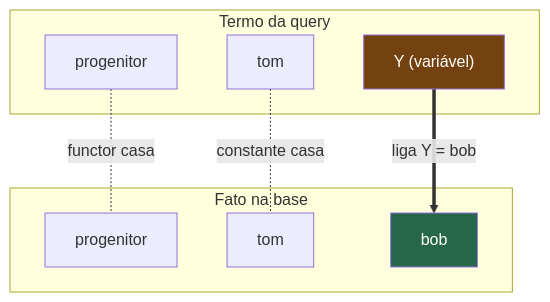
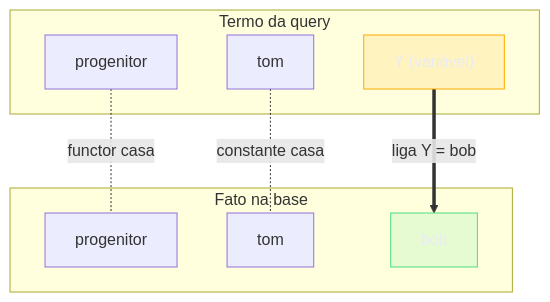
The second of 3 diagrams in 03-Dominios/Ciência/Paradigmas/11 - O paradigma lógico.md (josenaldo/codex-technomanticus), drawn with Mermaid before and after one commit. The commit also changed other lines of this file and 1181 other files, not shown here.

First line of the commit message:
fix(diagramas): paleta do sistema no lugar de cor cravada no markdown

````diff
--- a/03-Dominios/Ciência/Paradigmas/11 - O paradigma lógico.md
+++ b/03-Dominios/Ciência/Paradigmas/11 - O paradigma lógico.md
@@ -111,18 +113,20 @@
 ```mermaid
 flowchart TB
+    classDef destaque fill:#FFAA0024,stroke:#FFAA00,color:#E9ECF2
+    classDef ok fill:#4ADE8021,stroke:#4ADE80,color:#E9ECF2
     subgraph alvo["Termo da query"]
         A1["progenitor"]
         A2["tom"]
         A3["Y (variável)"]
     end
     subgraph fato["Fato na base"]
         B1["progenitor"]
         B2["tom"]
         B3["bob"]
     end
     A1 -. "functor casa" .- B1
     A2 -. "constante casa" .- B2
     A3 == "liga Y = bob" ==> B3
-    style A3 fill:#744210,color:#fff
-    style B3 fill:#276749,color:#fff
+    class A3 destaque
+    class B3 ok
 ```
````
